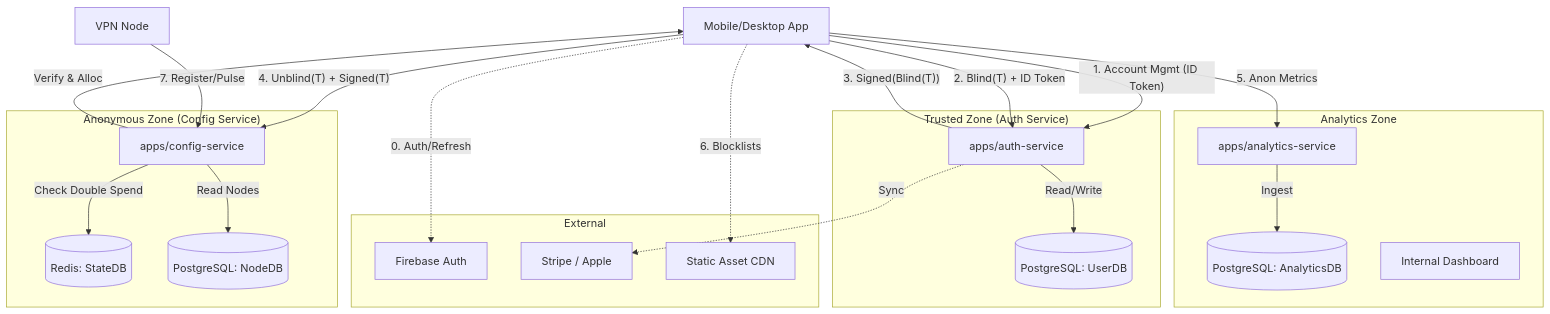
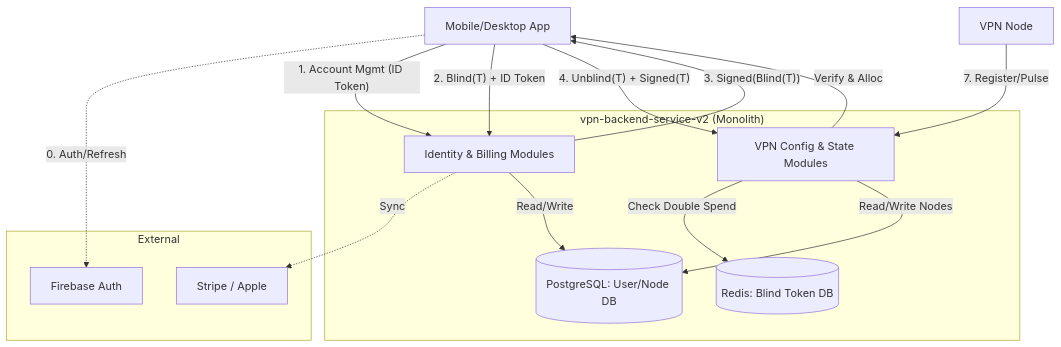
One commit to Keen-VPN/docs changed the first of 5 diagrams in architecture/b2c-backend-design.md. Above: the diagram before and after it, drawn with Mermaid. The commit also changed other lines of this file and 15 other files, not shown here.

````diff
--- a/architecture/b2c-backend-design.md
+++ b/architecture/b2c-backend-design.md
@@ -11,51 +11,35 @@
 ```mermaid
 graph TD
     Client[Mobile/Desktop App]
     
     subgraph External
         FB[Firebase Auth]
         Stripe[Stripe / Apple]
-        CDN[Static Asset CDN]
     end
 
-    subgraph "Trusted Zone (Auth Service)"
-        Auth[apps/auth-service]
-        DB_User[(PostgreSQL: UserDB)]
-    end
-    
-    subgraph "Anonymous Zone (Config Service)"
-        Config[apps/config-service]
-        DB_Spend[(Redis: StateDB)]
-        DB_Node[(PostgreSQL: NodeDB)]
-    end
-
-    subgraph "Analytics Zone"
-        Analytics[apps/analytics-service]
-        DB_Stats[(PostgreSQL: AnalyticsDB)]
-        Dashboard[Internal Dashboard]
+    subgraph "vpn-backend-service-v2 (Monolith)"
+        Gatekeeper[Identity & Billing Modules]
+        Anonymizer[VPN Config & State Modules]
+        DB_User[(PostgreSQL: User/Node DB)]
+        DB_Spend[(Redis: Blind Token DB)]
     end
 
     %% Identity & Payment Flows
     Client -. "0. Auth/Refresh" .-> FB
-    Client -- "1. Account Mgmt (ID Token)" --> Auth
-    Auth -. "Sync" .-> Stripe
-    Auth -- Read/Write --> DB_User
+    Client -- "1. Account Mgmt (ID Token)" --> Gatekeeper
+    Gatekeeper -. "Sync" .-> Stripe
+    Gatekeeper -- Read/Write --> DB_User
 
     %% VPN Token Flow
-    Client -- "2. Blind(T) + ID Token" --> Auth
-    Auth -- "3. Signed(Blind(T))" --> Client
+    Client -- "2. Blind(T) + ID Token" --> Gatekeeper
+    Gatekeeper -- "3. Signed(Blind(T))" --> Client
     
     %% VPN Connection Flow (Anonymous)
-    Client -- "4. Unblind(T) + Signed(T)" --> Config
-    Config -- Verify & Alloc --> Client
-    Config -- Check Double Spend --> DB_Spend
-    Config -- Read Nodes --> DB_Node
+    Client -- "4. Unblind(T) + Signed(T)" --> Anonymizer
+    Anonymizer -- Verify & Alloc --> Client
+    Anonymizer -- Check Double Spend --> DB_Spend
+    Anonymizer -- Read/Write Nodes --> DB_User
 
-    %% Ancillary
-    Client -- "5. Anon Metrics" --> Analytics
-    Analytics -- Ingest --> DB_Stats
-    Client -. "6. Blocklists" .-> CDN
-    
     %% Infrastructure
-    Node[VPN Node] -- "7. Register/Pulse" --> Config
+    Node[VPN Node] -- "7. Register/Pulse" --> Anonymizer
 ```
````
